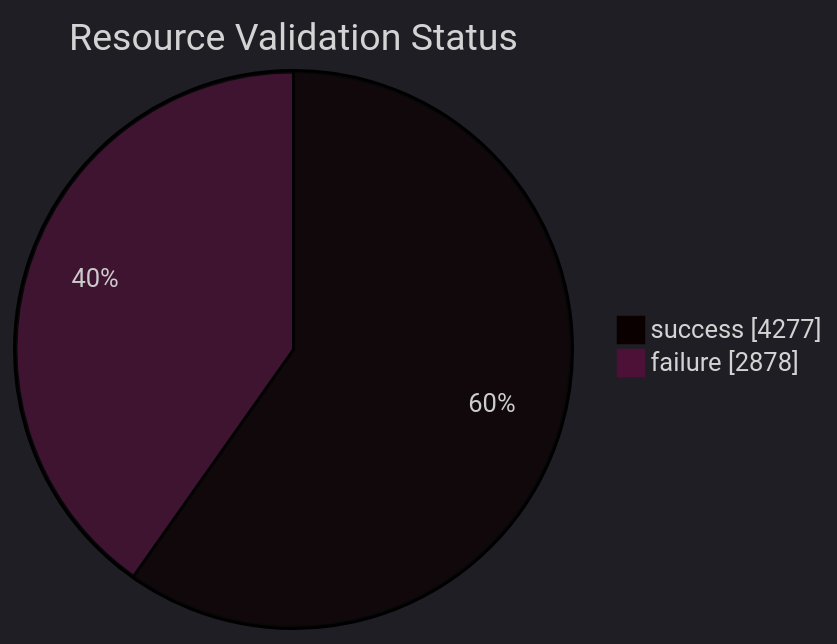
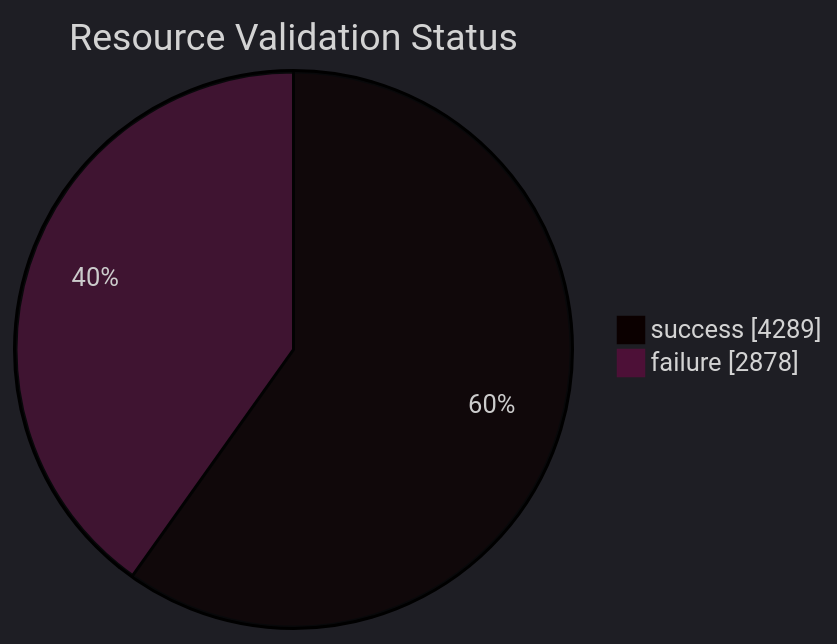
The diagram in datastore_tracker/resource_validation_status_pie_chart.md (open-data/analytics-corporate-reporting), drawn with Mermaid before and after one commit. The commit also changed 12 other files, not shown here.

````diff
--- a/datastore_tracker/resource_validation_status_pie_chart.md
+++ b/datastore_tracker/resource_validation_status_pie_chart.md
@@ -2,9 +2,9 @@
 ```mermaid
 ---
 config:
   theme: dark
 ---
 pie showData title Resource Validation Status
-    "success": 4277
+    "success": 4289
     "failure": 2878
 ```
````
